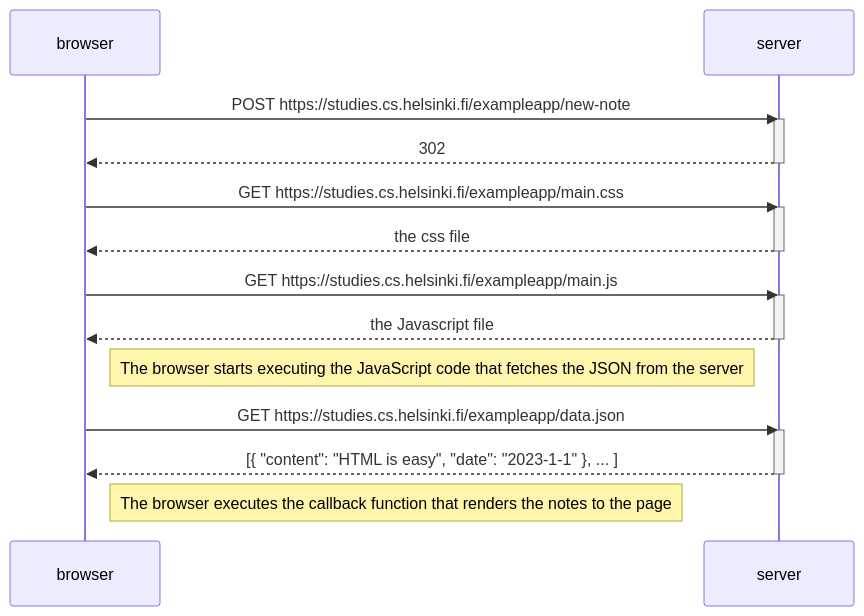
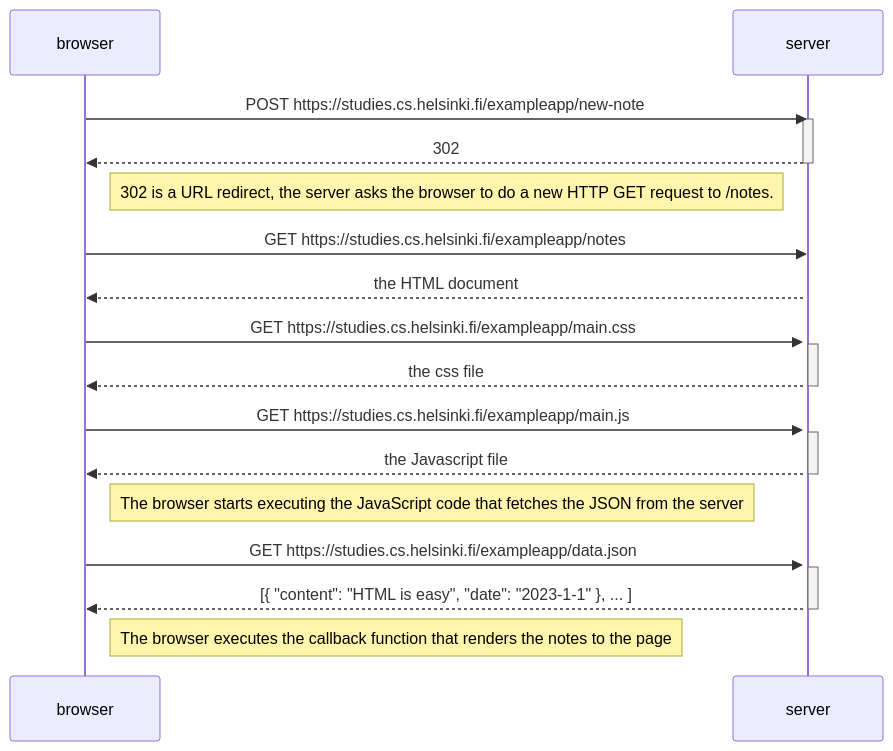
One commit to priyanshudhariwal/fullstackopen changed the diagram in part0/newnotediagram/diag.md. Above: the diagram before and after it, drawn with Mermaid.

Commit message:
fixed mistakes in exercise 0.4

````diff
--- a/part0/newnotediagram/diag.md
+++ b/part0/newnotediagram/diag.md
@@ -1,30 +1,36 @@
 ```mermaid
     sequenceDiagram
     participant browser
     participant server
 
     browser->>server: POST https://studies.cs.helsinki.fi/exampleapp/new-note
     activate server
     server-->>browser: 302
     deactivate server
+
+    Note right of browser: 302 is a URL redirect, the server asks the browser to do a new HTTP GET request to /notes.
+
+    browser->>server: GET https://studies.cs.helsinki.fi/exampleapp/notes
+    activate server
+    server-->>browser: the HTML document
 
     browser->>server: GET https://studies.cs.helsinki.fi/exampleapp/main.css
     activate server
     server-->>browser: the css file
     deactivate server
 
     browser->>server: GET https://studies.cs.helsinki.fi/exampleapp/main.js
     activate server
     server-->>browser: the Javascript file
     deactivate server
 
     Note right of browser: The browser starts executing the JavaScript code that fetches the JSON from the server
 
     browser->>server: GET https://studies.cs.helsinki.fi/exampleapp/data.json
     activate server
     server-->>browser: [{ "content": "HTML is easy", "date": "2023-1-1" }, ... ]
     deactivate server
 
     Note right of browser: The browser executes the callback function that renders the notes to the page
     
 ```
````
